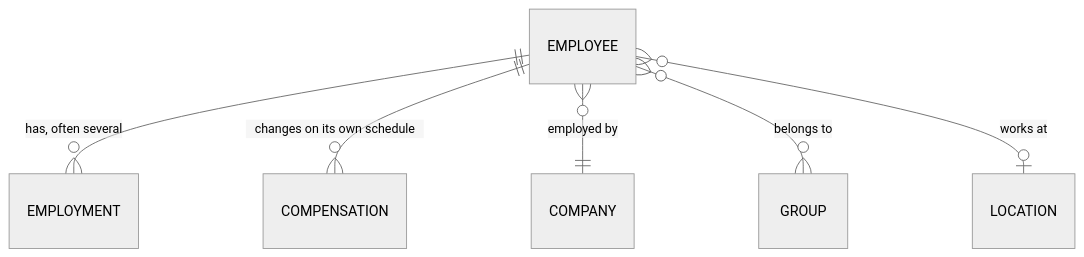
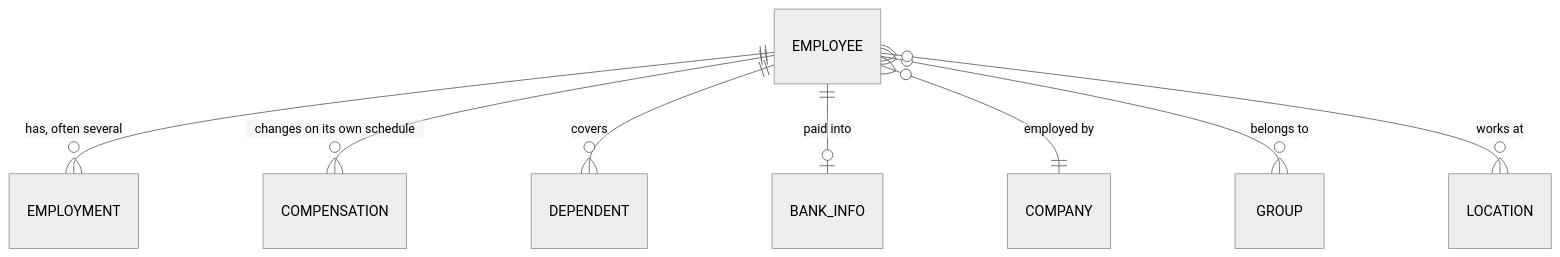
Before and after one commit to kaval1810/bindbee-docs-test: the diagram in guides/data-models/employee-and-org.mdx, drawn with Mermaid (neutral theme). The commit also changed other lines of this file and 12 other files, not shown here.

````diff
--- a/guides/data-models/employee-and-org.mdx
+++ b/guides/data-models/employee-and-org.mdx
@@ -28,8 +27,10 @@
 ```mermaid
 erDiagram
     EMPLOYEE ||--o{ EMPLOYMENT : "has, often several"
     EMPLOYEE ||--o{ COMPENSATION : "changes on its own schedule"
+    EMPLOYEE ||--o{ DEPENDENT : "covers"
+    EMPLOYEE ||--o| BANK_INFO : "paid into"
     EMPLOYEE }o--|| COMPANY : "employed by"
     EMPLOYEE }o--o{ GROUP : "belongs to"
-    EMPLOYEE }o--o| LOCATION : "works at"
+    EMPLOYEE }o--o{ LOCATION : "works at"
 ```
````
